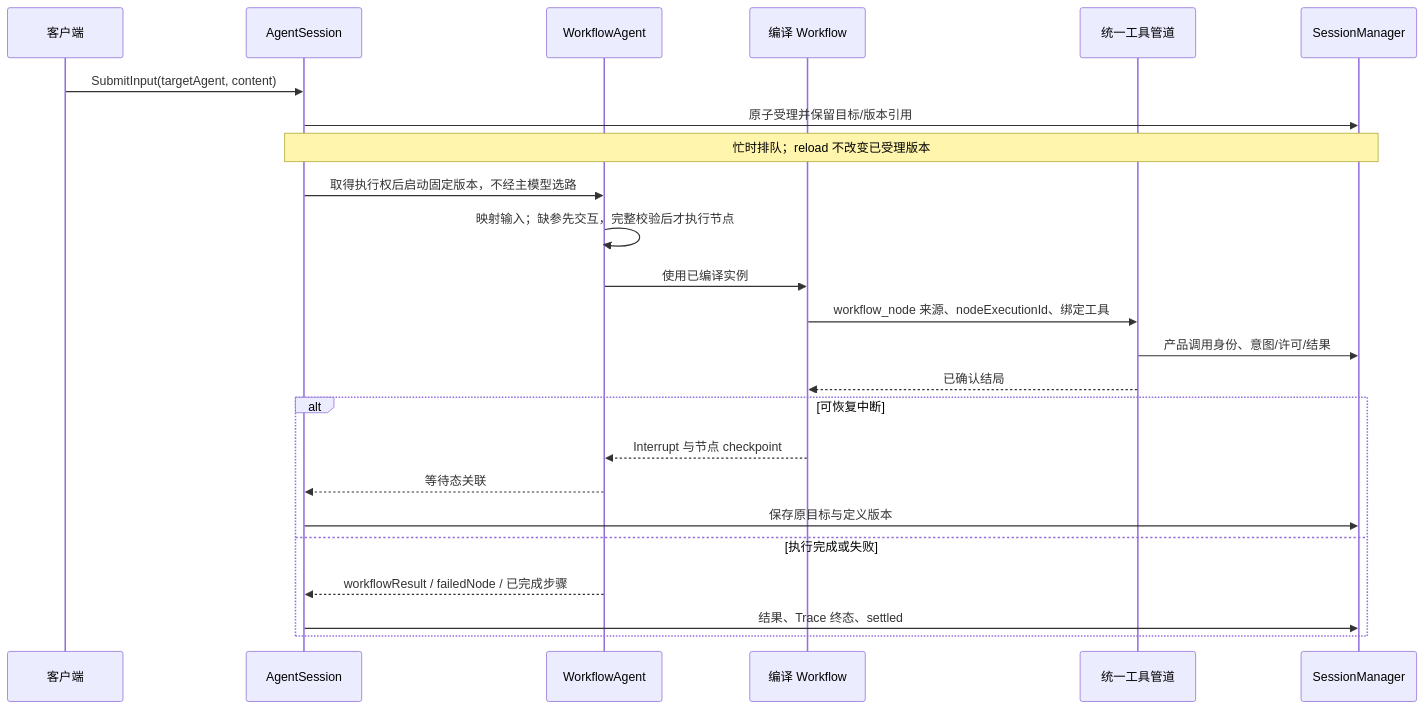
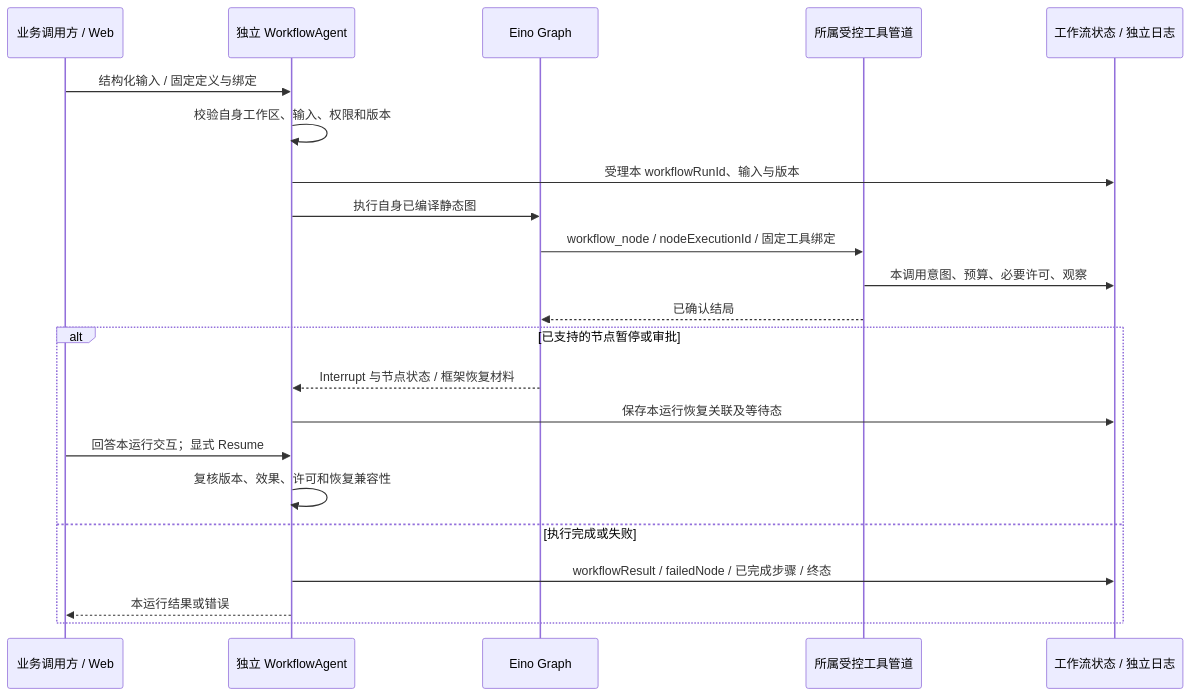
The fourth of 4 diagrams in docs/pi-eino-dev-plan/10-extensions-and-workflows.md (ww1489/seasprak), drawn with Mermaid before and after one commit. The commit also changed other lines of this file and 904 other files, not shown here.

````diff
--- a/docs/pi-eino-dev-plan/10-extensions-and-workflows.md
+++ b/docs/pi-eino-dev-plan/10-extensions-and-workflows.md
@@ -134,26 +185,24 @@
 ```mermaid
 sequenceDiagram
-    participant C as 客户端
-    participant S as AgentSession
-    participant W as WorkflowAgent
-    participant R as 编译 Workflow
-    participant T as 统一工具管道
-    participant H as SessionManager
-    C->>S: SubmitInput(targetAgent, content)
-    S->>H: 原子受理并保留目标/版本引用
-    Note over S,H: 忙时排队；reload 不改变已受理版本
-    S->>W: 取得执行权后启动固定版本，不经主模型选路
-    W->>W: 映射输入；缺参先交互，完整校验后才执行节点
-    W->>R: 使用已编译实例
-    R->>T: workflow_node 来源、nodeExecutionId、绑定工具
-    T->>H: 产品调用身份、意图/许可/结果
+    participant C as 业务调用方 / Web
+    participant W as 独立 WorkflowAgent
+    participant R as Eino Graph
+    participant T as 所属受控工具管道
+    participant H as 工作流状态 / 独立日志
+    C->>W: 结构化输入 / 固定定义与绑定
+    W->>W: 校验自身工作区、输入、权限和版本
+    W->>H: 受理本 workflowRunId、输入与版本
+    W->>R: 执行自身已编译静态图
+    R->>T: workflow_node / nodeExecutionId / 固定工具绑定
+    T->>H: 本调用意图、预算、必要许可、观察
     T-->>R: 已确认结局
-    alt 可恢复中断
-        R-->>W: Interrupt 与节点 checkpoint
-        W-->>S: 等待态关联
-        S->>H: 保存原目标与定义版本
+    alt 已支持的节点暂停或审批
+        R-->>W: Interrupt 与节点状态 / 框架恢复材料
+        W->>H: 保存本运行恢复关联及等待态
+        C->>W: 回答本运行交互；显式 Resume
+        W->>W: 复核版本、效果、许可和恢复兼容性
     else 执行完成或失败
-        W-->>S: workflowResult / failedNode / 已完成步骤
-        S->>H: 结果、Trace 终态、settled
+        W->>H: workflowResult / failedNode / 已完成步骤 / 终态
+        W-->>C: 本运行结果或错误
     end
 ```
````
